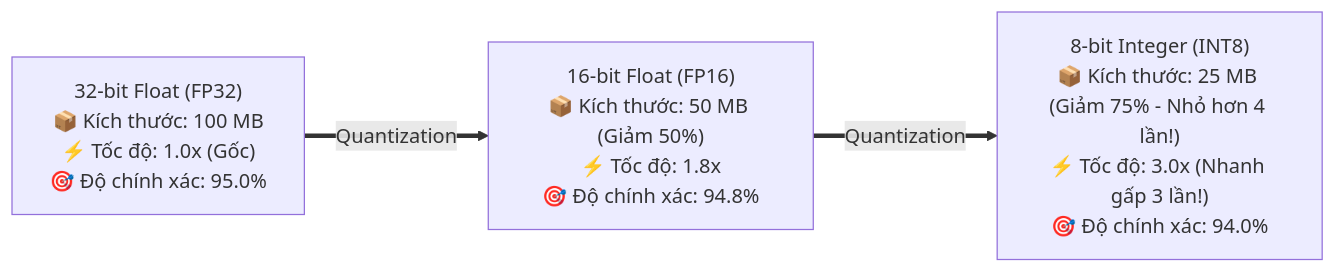
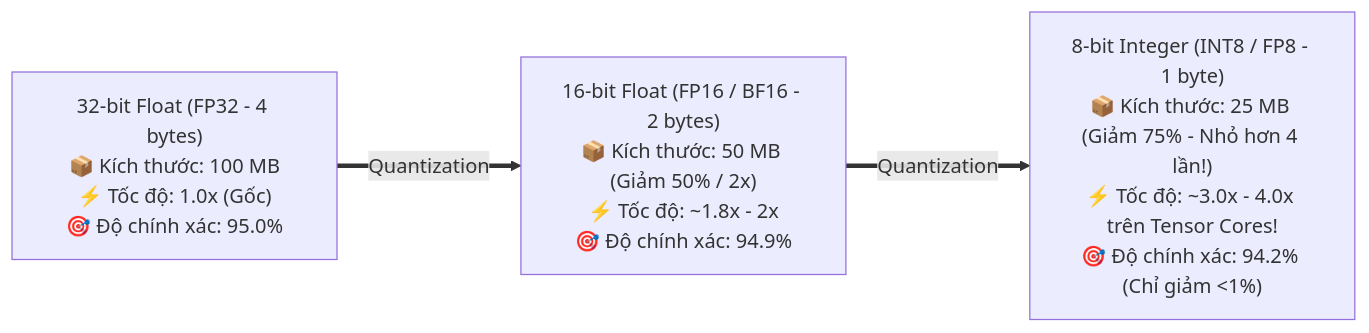
Before and after one commit to nxthanh2904/nca-genl: the fifth of 5 diagrams in Module_07_Model_Training_and_Lifecycle.md, drawn with Mermaid. The commit also changed other lines of this file and 11 other files, not shown here.

````diff
--- a/Module_07_Model_Training_and_Lifecycle.md
+++ b/Module_07_Model_Training_and_Lifecycle.md
@@ -142,10 +175,10 @@
 ```mermaid
 flowchart LR
-    FP32["32-bit Float (FP32)<br/>📦 Kích thước: 100 MB<br/>⚡ Tốc độ: 1.0x (Gốc)<br/>🎯 Độ chính xác: 95.0%"]
+    FP32["32-bit Float (FP32 - 4 bytes)<br/>📦 Kích thước: 100 MB<br/>⚡ Tốc độ: 1.0x (Gốc)<br/>🎯 Độ chính xác: 95.0%"]
     
-    FP16["16-bit Float (FP16)<br/>📦 Kích thước: 50 MB (Giảm 50%)<br/>⚡ Tốc độ: 1.8x<br/>🎯 Độ chính xác: 94.8%"]
+    FP16["16-bit Float (FP16 / BF16 - 2 bytes)<br/>📦 Kích thước: 50 MB (Giảm 50% / 2x)<br/>⚡ Tốc độ: ~1.8x - 2x<br/>🎯 Độ chính xác: 94.9%"]
     
-    INT8["8-bit Integer (INT8)<br/>📦 Kích thước: 25 MB (Giảm 75% - Nhỏ hơn 4 lần!)<br/>⚡ Tốc độ: 3.0x (Nhanh gấp 3 lần!)<br/>🎯 Độ chính xác: 94.0%"]
+    INT8["8-bit Integer (INT8 / FP8 - 1 byte)<br/>📦 Kích thước: 25 MB (Giảm 75% - Nhỏ hơn 4 lần!)<br/>⚡ Tốc độ: ~3.0x - 4.0x trên Tensor Cores!<br/>🎯 Độ chính xác: 94.2% (Chỉ giảm <1%)"]
 
     FP32 ==>|"Quantization"| FP16 ==>|"Quantization"| INT8
 ```
````
